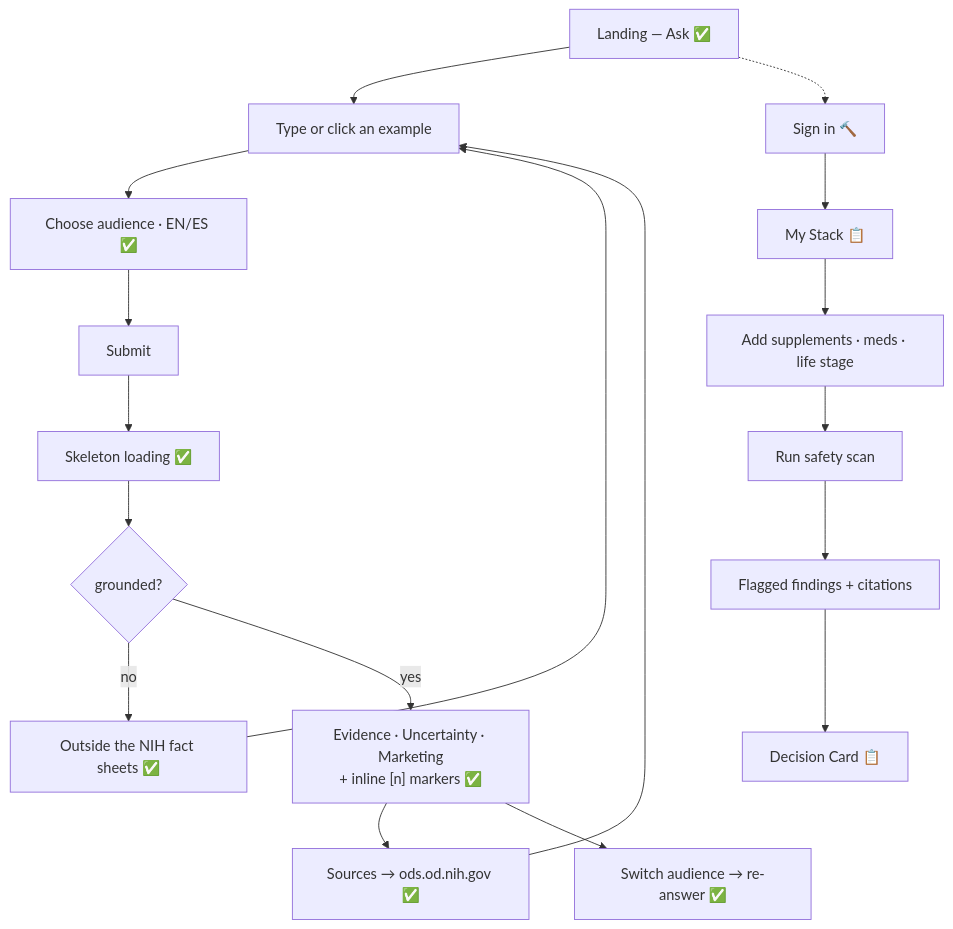
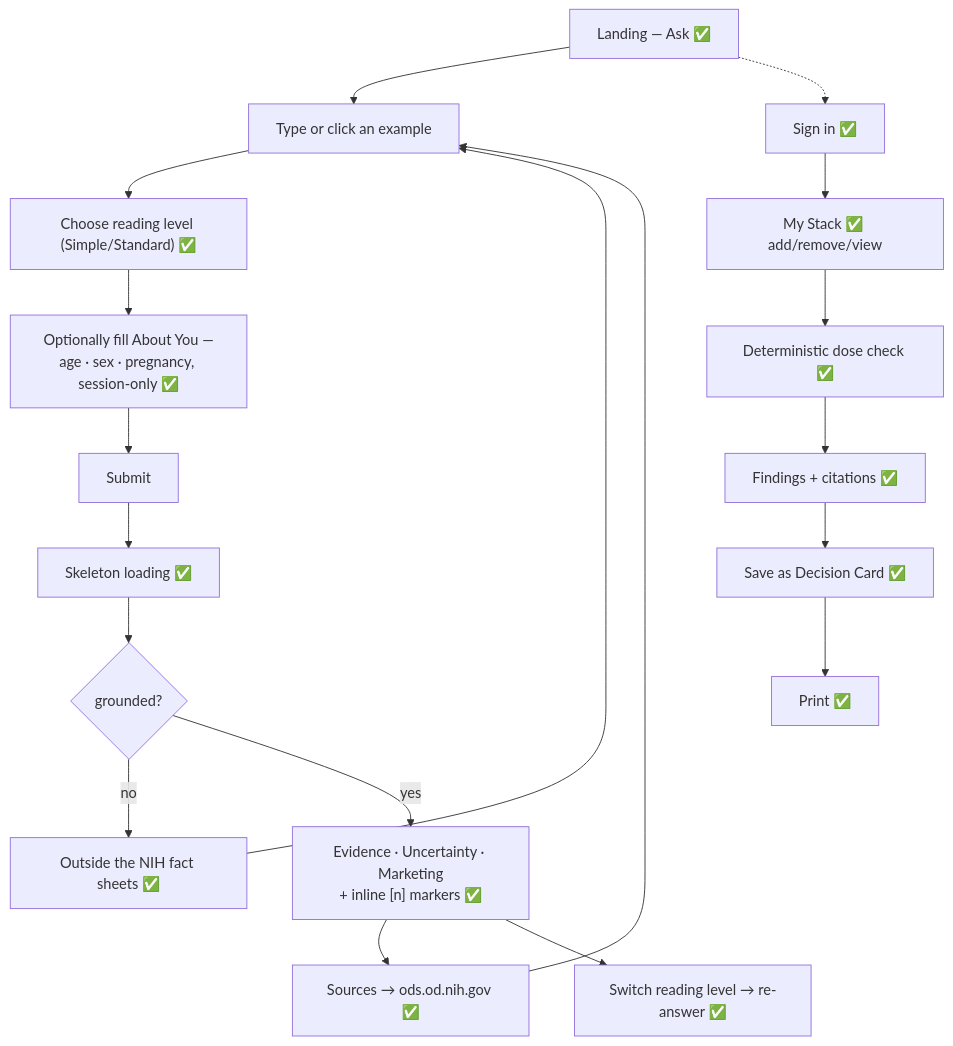
One commit to notypos/buildphase-notypos-deploy changed the fifth of 8 diagrams in design.md. Above: the diagram before and after it, drawn with Mermaid. The commit also changed other lines of this file and 13 other files, not shown here.

Commit message:
Add/remove supplements on My Stack; fix pregnancy checkbox gate; hide broken Spanish toggle; rewrite README/plan/design

````diff
--- a/design.md
+++ b/design.md
@@ -164,21 +176,22 @@
 ```mermaid
 flowchart TD
     L["Landing — Ask ✅"] --> A["Type or click an example"]
-    A --> AUD["Choose audience · EN/ES ✅"]
-    AUD --> Q["Submit"]
+    A --> LVL["Choose reading level (Simple/Standard) ✅"]
+    LVL --> ABOUT["Optionally fill About You —<br/>age · sex · pregnancy, session-only ✅"]
+    ABOUT --> Q["Submit"]
     Q --> LOAD["Skeleton loading ✅"]
     LOAD --> RES{"grounded?"}
     RES -->|no| REF["Outside the NIH fact sheets ✅"]
     RES -->|yes| CARDS["Evidence · Uncertainty · Marketing<br/>+ inline [n] markers ✅"]
     CARDS --> SRC["Sources → ods.od.nih.gov ✅"]
-    CARDS --> SWITCH["Switch audience → re-answer ✅"]
+    CARDS --> SWITCH["Switch reading level → re-answer ✅"]
     REF --> A
     SRC --> A
 
-    L -.-> AUTH["Sign in 🔨"]
-    AUTH --> MS["My Stack 📋"]
-    MS --> ADD["Add supplements · meds · life stage"]
-    ADD --> SCAN["Run safety scan"]
-    SCAN --> FIND["Flagged findings + citations"]
-    FIND --> CARD["Decision Card 📋"]
+    L -.-> AUTH["Sign in ✅"]
+    AUTH --> MS["My Stack ✅ add/remove/view"]
+    MS --> CHECK["Deterministic dose check ✅"]
+    CHECK --> FIND["Findings + citations ✅"]
+    FIND --> CARD["Save as Decision Card ✅"]
+    CARD --> PRINT["Print ✅"]
 ```
````
